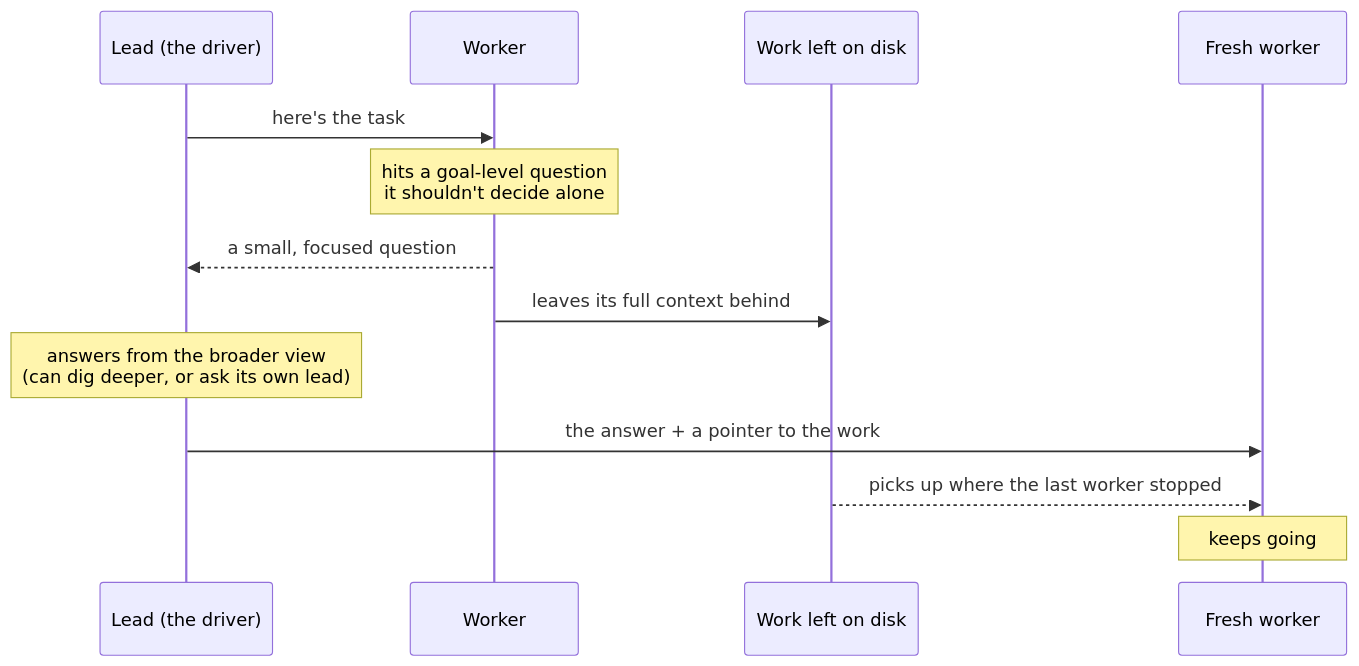
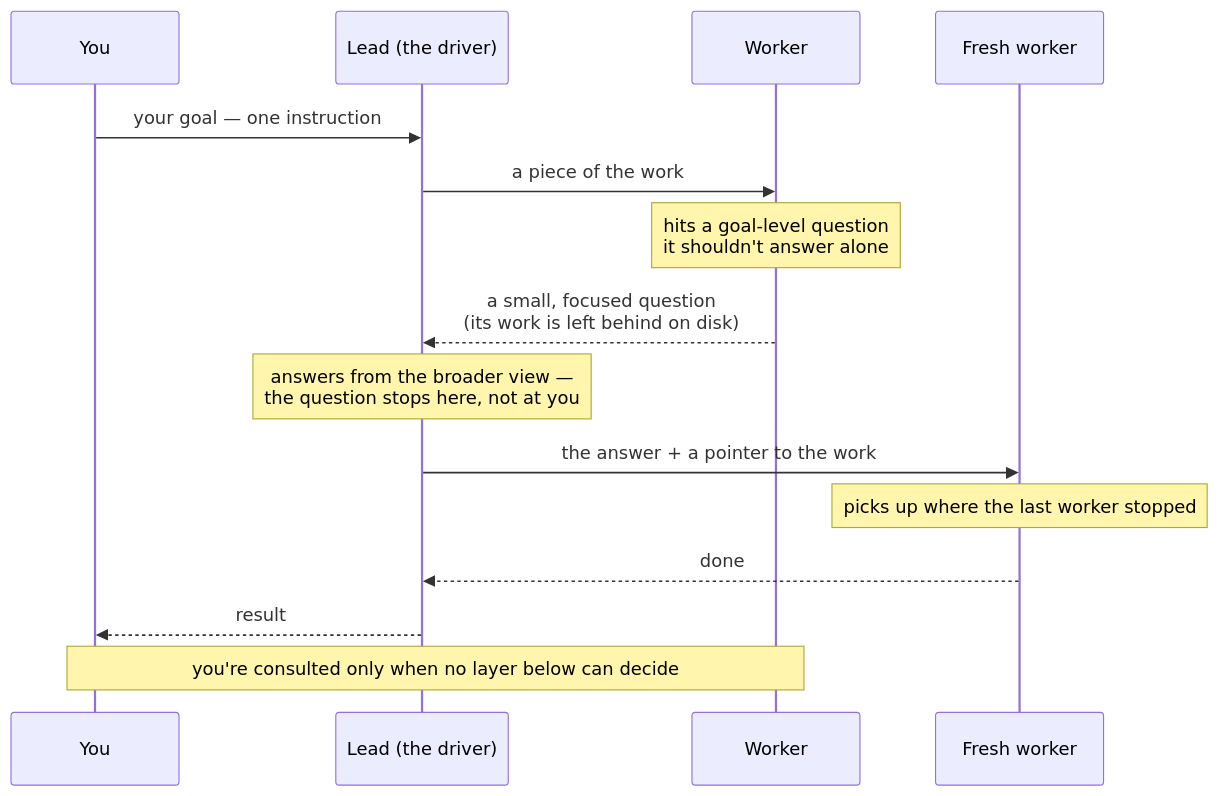
The second of 2 diagrams in README.md (rcmoynihan/banyan), drawn with Mermaid before and after one commit. The commit also changed other lines of this file, not shown here.

First line of the commit message:
docs(readme): put the human in the orchestration diagrams

````diff
--- a/README.md
+++ b/README.md
@@ -47,16 +50,18 @@
 ```mermaid
 sequenceDiagram
+  participant H as You
   participant L as Lead (the driver)
   participant A as Worker
-  participant D as Work left on disk
   participant C as Fresh worker
 
-  L->>A: here's the task
-  Note over A: hits a goal-level question<br/>it shouldn't decide alone
-  A-->>L: a small, focused question
-  A->>D: leaves its full context behind
-  Note over L: answers from the broader view<br/>(can dig deeper, or ask its own lead)
+  H->>L: your goal — one instruction
+  L->>A: a piece of the work
+  Note over A: hits a goal-level question<br/>it shouldn't answer alone
+  A-->>L: a small, focused question<br/>(its work is left behind on disk)
+  Note over L: answers from the broader view —<br/>the question stops here, not at you
   L->>C: the answer + a pointer to the work
-  D-->>C: picks up where the last worker stopped
-  Note over C: keeps going
+  Note over C: picks up where the last worker stopped
+  C-->>L: done
+  L-->>H: result
+  Note over H,A: you're consulted only when no layer below can decide
 ```
````
